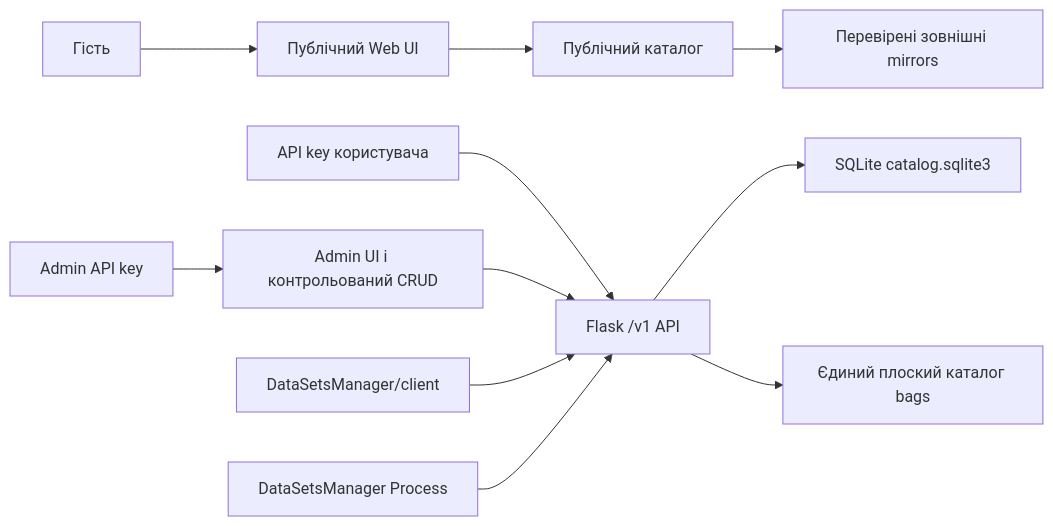
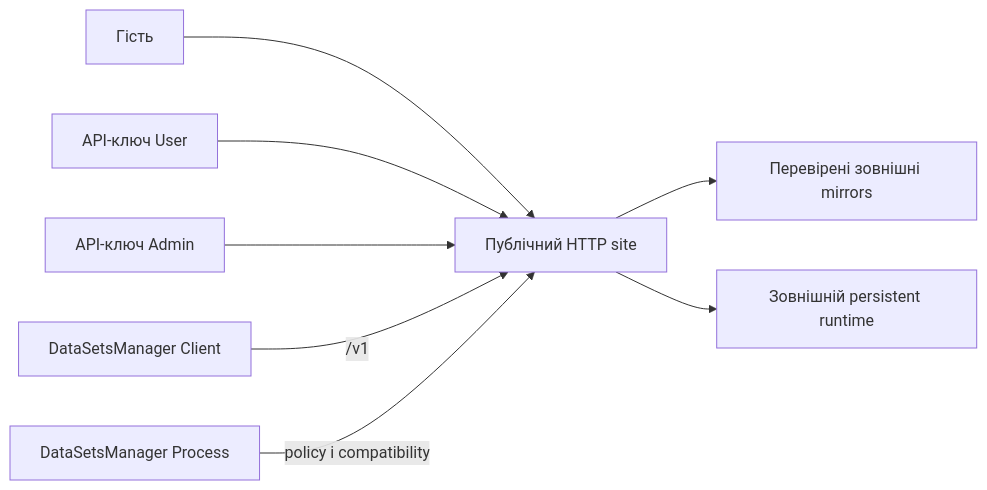
Before and after one commit to Drone-Age/iVINS-mav-dataset-server: the first of 5 diagrams in docs/architecture.uk.md, drawn with Mermaid. The commit also changed other lines of this file and 8 other files, not shown here.

Commit message:
Complete server contracts and architecture

````diff
--- a/docs/architecture.uk.md
+++ b/docs/architecture.uk.md
@@ -5,13 +7,10 @@
 ```mermaid
 flowchart LR
-  Guest["Гість"] --> Web["Публічний Web UI"]
-  User["API key користувача"] --> API["Flask /v1 API"]
-  Admin["Admin API key"] --> AdminUI["Admin UI і контрольований CRUD"]
-  Web --> Catalog["Публічний каталог"]
-  AdminUI --> API
-  API --> DB["SQLite catalog.sqlite3"]
-  API --> Bags["Єдиний плоский каталог bags"]
-  Catalog --> Mirrors["Перевірені зовнішні mirrors"]
-  Client["DataSetsManager/client"] --> API
-  Process["DataSetsManager Process"] --> API
+  Guest["Гість"] --> HTTP["Публічний HTTP site"]
+  User["API-ключ User"] --> HTTP
+  Admin["API-ключ Admin"] --> HTTP
+  Client["DataSetsManager Client"] -->|"/v1"| HTTP
+  HTTP --> Mirrors["Перевірені зовнішні mirrors"]
+  HTTP --> Runtime["Зовнішній persistent runtime"]
+  Process["DataSetsManager Process"] -->|"policy і compatibility"| HTTP
 ```
````
